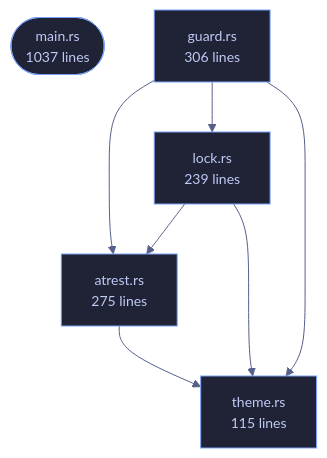
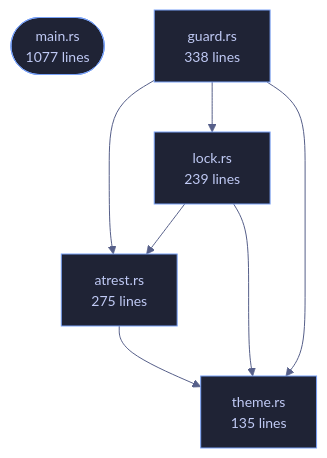
One commit to tilas01/veilvoice changed the diagram in crates/veilvoice-cli/README.md. Above: the diagram before and after it, drawn with Mermaid. The commit also changed other lines of this file and 61 other files, not shown here.

````diff
--- a/crates/veilvoice-cli/README.md
+++ b/crates/veilvoice-cli/README.md
@@ -36,15 +80,15 @@
 ```mermaid
 %%{init: {"theme":"base","themeVariables":{"background":"#1a1b26","primaryColor":"#1f2335","primaryTextColor":"#c0caf5","primaryBorderColor":"#7aa2f7","secondaryColor":"#16161e","tertiaryColor":"#16161e","lineColor":"#565f89","textColor":"#c0caf5","mainBkg":"#1f2335","nodeBorder":"#7aa2f7","clusterBkg":"#16161e","clusterBorder":"#2f3549","fontFamily":"ui-monospace, SFMono-Regular, Consolas, monospace","fontSize":"14px"}}}%%
 flowchart TD
-    n_main(["main.rs<br/>1037 lines"])
+    n_main(["main.rs<br/>1077 lines"])
     n_atrest["atrest.rs<br/>275 lines"]
-    n_guard["guard.rs<br/>306 lines"]
+    n_guard["guard.rs<br/>338 lines"]
     n_lock["lock.rs<br/>239 lines"]
-    n_theme["theme.rs<br/>115 lines"]
+    n_theme["theme.rs<br/>135 lines"]
     n_atrest --> n_theme
     n_guard --> n_atrest
     n_guard --> n_lock
     n_guard --> n_theme
     n_lock --> n_atrest
     n_lock --> n_theme
 ```
````
